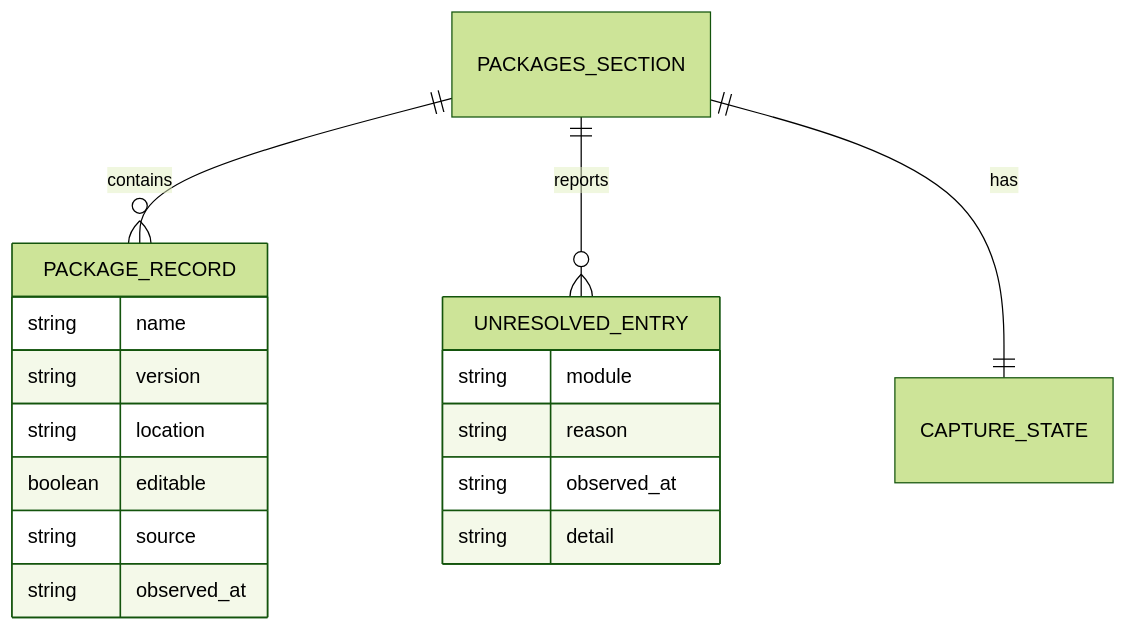
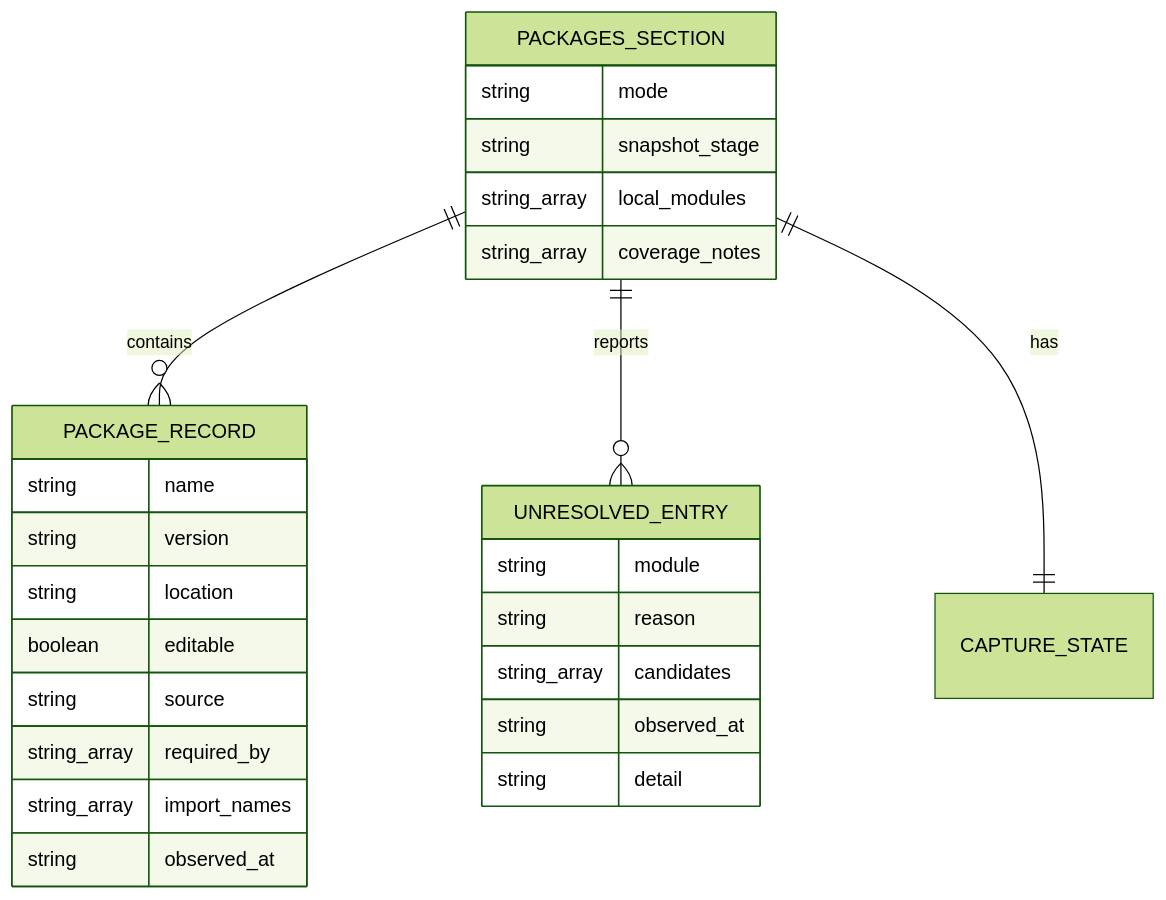
Before and after one commit to fariello/pubrun: the second of 2 diagrams in .aw/records/plans/pending/20261121-dep-capture-03-ijipnx-startup-to-finalization-package-merge-manifest-schema-and-re.ipd.md, drawn with Mermaid (forest theme). The commit also changed other lines of this file and 1 other file, not shown here.

````diff
--- a/.aw/records/plans/pending/20261121-dep-capture-03-ijipnx-startup-to-finalization-package-merge-manifest-schema-and-re.ipd.md
+++ b/.aw/records/plans/pending/20261121-dep-capture-03-ijipnx-startup-to-finalization-package-merge-manifest-schema-and-re.ipd.md
@@ -58,20 +61,29 @@
 ```mermaid
 erDiagram
     PACKAGES_SECTION ||--o{ PACKAGE_RECORD : contains
     PACKAGES_SECTION ||--o{ UNRESOLVED_ENTRY : reports
     PACKAGES_SECTION ||--|| CAPTURE_STATE : has
+    PACKAGES_SECTION {
+        string mode
+        string snapshot_stage
+        string_array local_modules
+        string_array coverage_notes
+    }
     PACKAGE_RECORD {
         string name
         string version
         string location
         boolean editable
         string source
+        string_array required_by
+        string_array import_names
         string observed_at
     }
     UNRESOLVED_ENTRY {
         string module
         string reason
+        string_array candidates
         string observed_at
         string detail
     }
 ```
````
